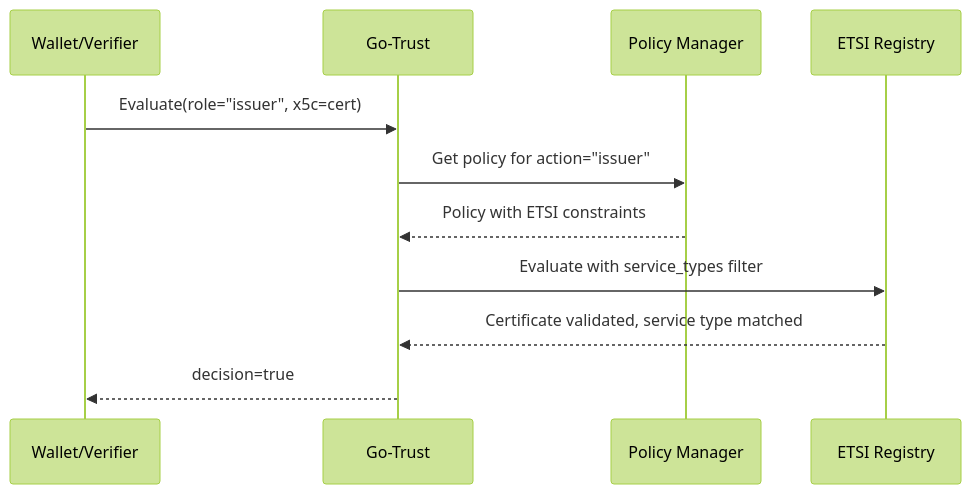
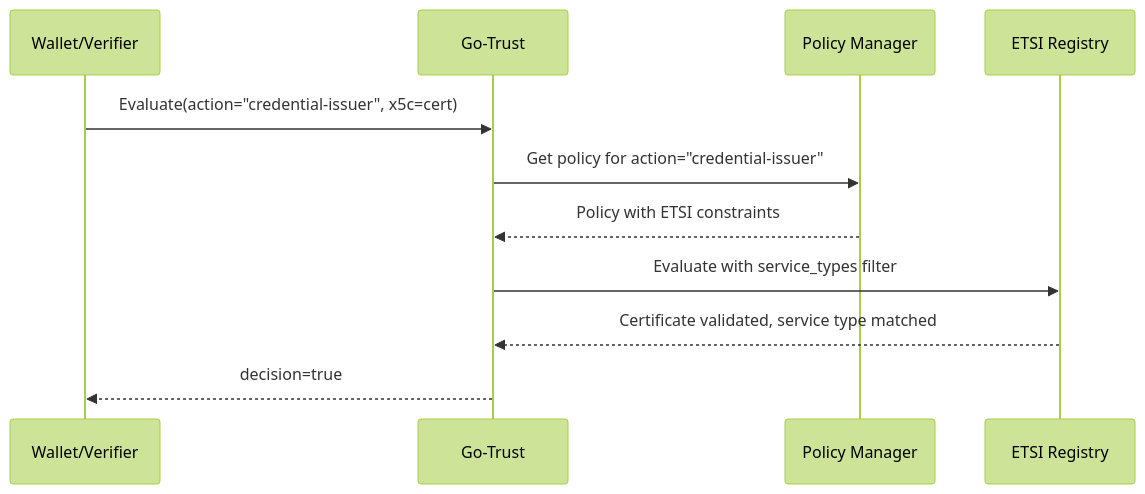
Before and after one commit to sirosfoundation/docs: the second of 4 diagrams in docs/sirosid/trust/infrastructure.md, drawn with Mermaid (forest theme). The commit also changed other lines of this file and 6 other files, not shown here.

````diff
--- a/docs/sirosid/trust/infrastructure.md
+++ b/docs/sirosid/trust/infrastructure.md
@@ -277,14 +277,14 @@
 ```mermaid
 sequenceDiagram
     participant App as Wallet/Verifier
     participant Trust as Go-Trust
     participant Policy as Policy Manager
     participant ETSI as ETSI Registry
     
-    App->>Trust: Evaluate(role="issuer", x5c=cert)
-    Trust->>Policy: Get policy for action="issuer"
+    App->>Trust: Evaluate(action="credential-issuer", x5c=cert)
+    Trust->>Policy: Get policy for action="credential-issuer"
     Policy-->>Trust: Policy with ETSI constraints
     Trust->>ETSI: Evaluate with service_types filter
     ETSI-->>Trust: Certificate validated, service type matched
     Trust-->>App: decision=true
 ```
````
